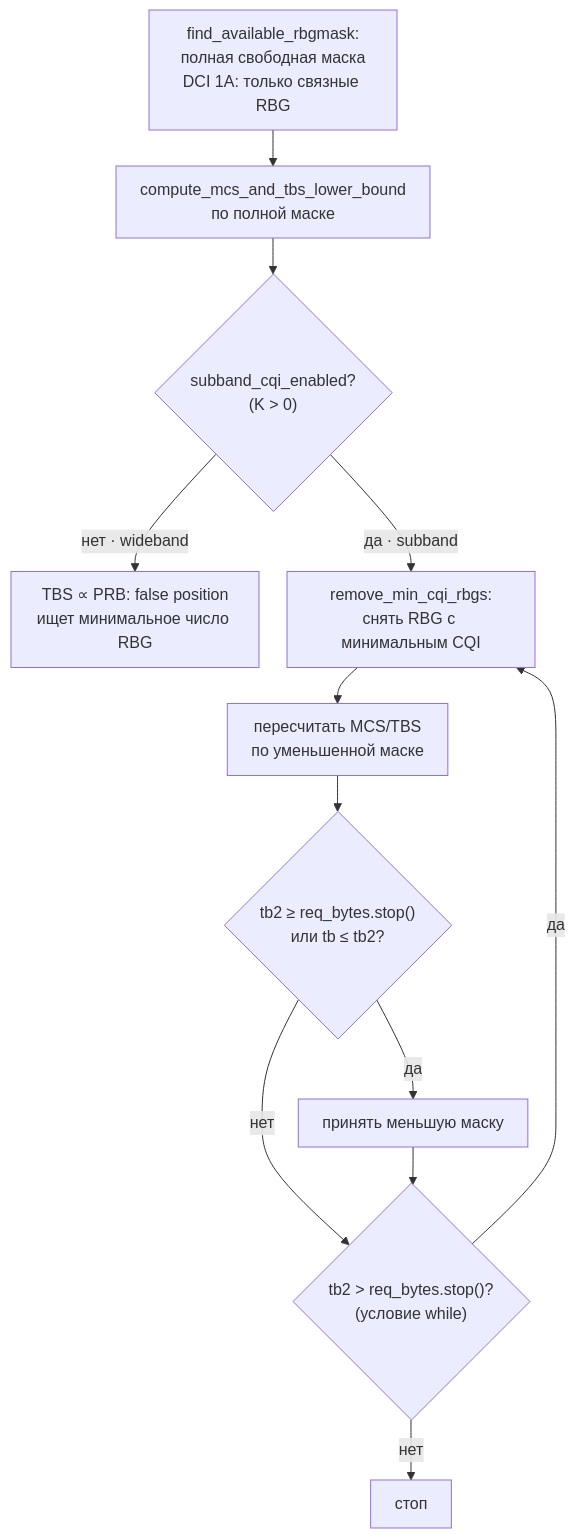
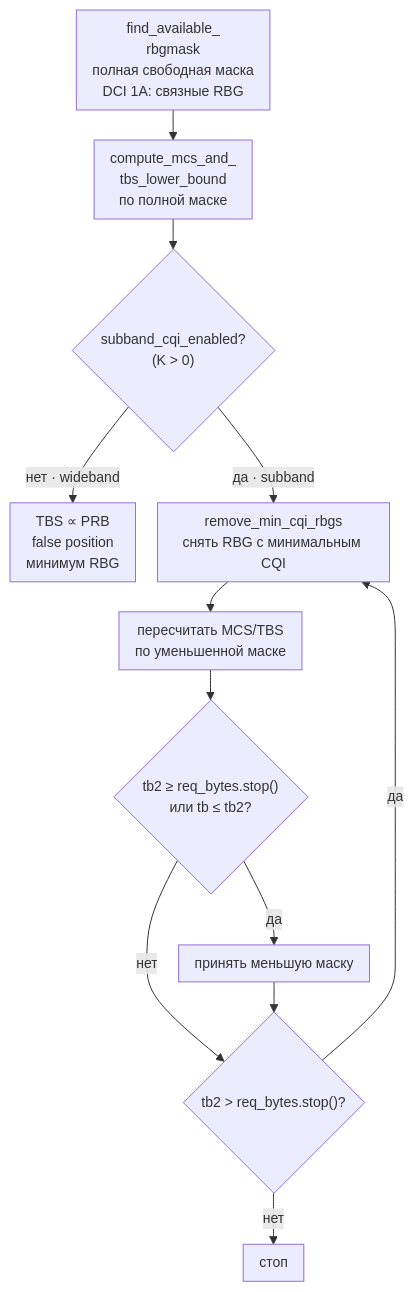
One commit to dokbrawn/REC-S5 changed the fourth of 5 diagrams in weeks/docs/week_03_report.md. Above: the diagram before and after it, drawn with Mermaid. The commit also changed other lines of this file, not shown here.

````diff
--- a/weeks/docs/week_03_report.md
+++ b/weeks/docs/week_03_report.md
@@ -467,15 +467,15 @@
 ```mermaid
-%%{init: {"flowchart": {"htmlLabels": true, "nodeSpacing": 28, "rankSpacing": 36, "padding": 12}}}%%
+%%{init: {"flowchart": {"htmlLabels": true, "useMaxWidth": false, "nodeSpacing": 22, "rankSpacing": 30, "padding": 8}, "themeVariables": {"fontSize": "14px"}}}%%
 flowchart TD
-    A["find_available_rbgmask:<br/>полная свободная маска<br/>DCI 1A: только связные RBG"] --> B["compute_mcs_and_tbs_lower_bound<br/>по полной маске"]
+    A["find_available_<br/>rbgmask<br/>полная свободная маска<br/>DCI 1A: связные RBG"] --> B["compute_mcs_and_<br/>tbs_lower_bound<br/>по полной маске"]
     B --> C{"subband_cqi_enabled?<br/>(K > 0)"}
-    C -->|"нет · wideband"| D["TBS ∝ PRB: false position<br/>ищет минимальное число RBG"]
-    C -->|"да · subband"| E["remove_min_cqi_rbgs:<br/>снять RBG с минимальным CQI"]
+    C -->|"нет · wideband"| D["TBS ∝ PRB<br/>false position<br/>минимум RBG"]
+    C -->|"да · subband"| E["remove_min_cqi_rbgs<br/>снять RBG с минимальным CQI"]
     E --> F["пересчитать MCS/TBS<br/>по уменьшенной маске"]
     F --> G{"tb2 ≥ req_bytes.stop()<br/>или tb ≤ tb2?"}
     G -->|"да"| H["принять меньшую маску"]
     G -->|"нет"| J
-    H --> J{"tb2 > req_bytes.stop()?<br/>(условие while)"}
+    H --> J{"tb2 > req_bytes.stop()?"}
     J -->|"да"| E
     J -->|"нет"| I["стоп"]
 ```
````
